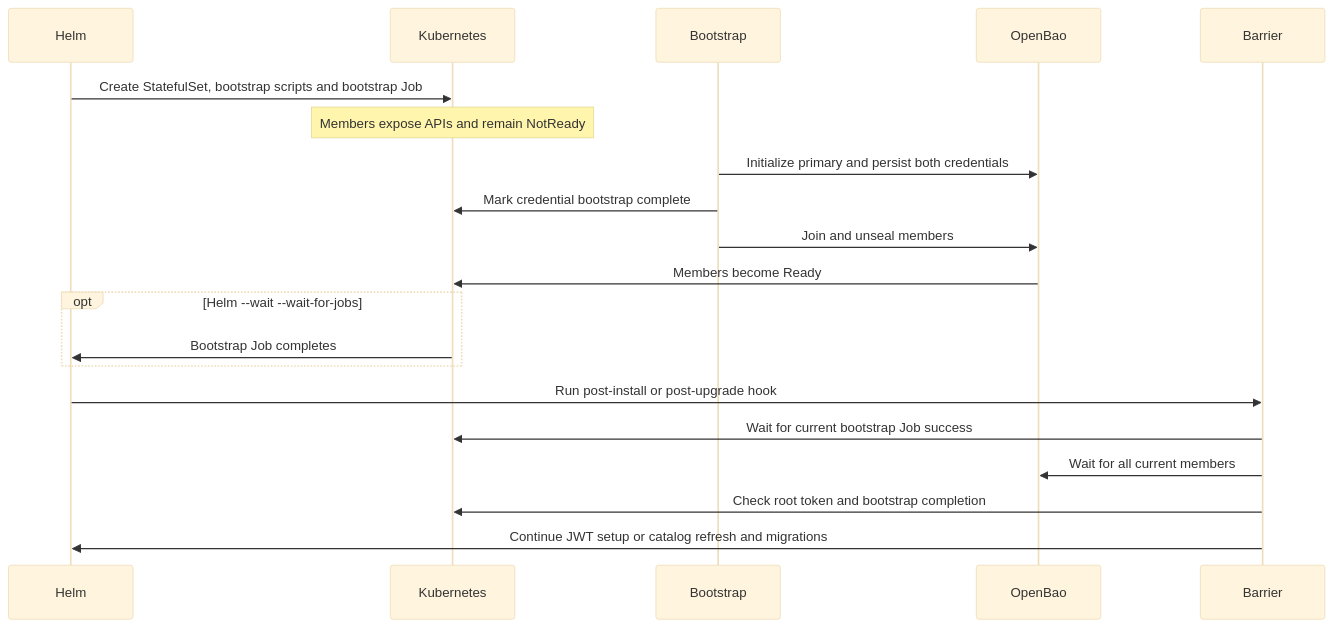
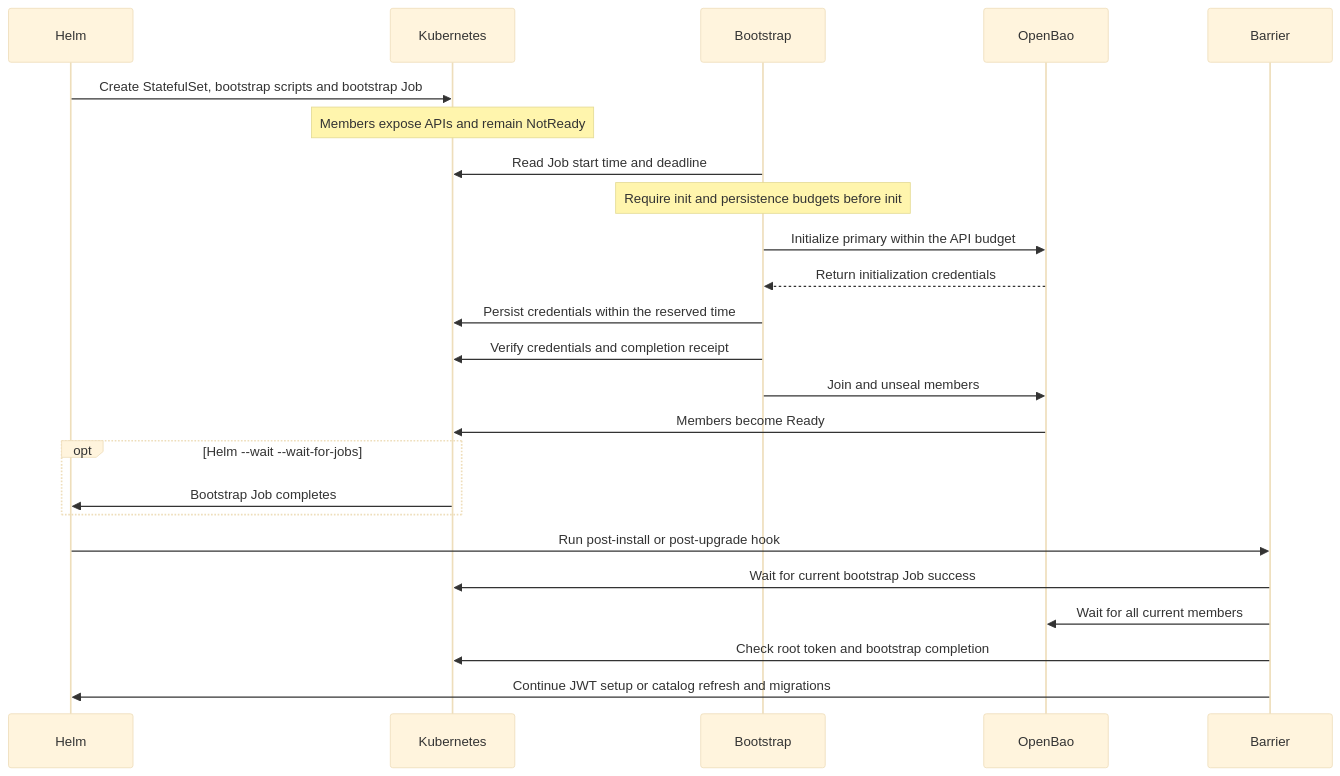
Before and after one commit to andretorresdg/nvcf: the diagram in deploy/helm/openbao/README.md, drawn with Mermaid (base theme). The commit also changed other lines of this file and 6 other files, not shown here.

First line of the commit message:
fix(openbao): reserve job lifetime before initialization

````diff
--- a/deploy/helm/openbao/README.md
+++ b/deploy/helm/openbao/README.md
@@ -41,17 +41,21 @@
 ```mermaid
 sequenceDiagram
     Helm->>Kubernetes: Create StatefulSet, bootstrap scripts and bootstrap Job
     Note over Kubernetes: Members expose APIs and remain NotReady
-    Bootstrap->>OpenBao: Initialize primary and persist both credentials
-    Bootstrap->>Kubernetes: Mark credential bootstrap complete
+    Bootstrap->>Kubernetes: Read Job start time and deadline
+    Note over Bootstrap: Require init and persistence budgets before init
+    Bootstrap->>OpenBao: Initialize primary within the API budget
+    OpenBao-->>Bootstrap: Return initialization credentials
+    Bootstrap->>Kubernetes: Persist credentials within the reserved time
+    Bootstrap->>Kubernetes: Verify credentials and completion receipt
     Bootstrap->>OpenBao: Join and unseal members
     OpenBao->>Kubernetes: Members become Ready
     opt Helm --wait --wait-for-jobs
         Kubernetes->>Helm: Bootstrap Job completes
     end
     Helm->>Barrier: Run post-install or post-upgrade hook
     Barrier->>Kubernetes: Wait for current bootstrap Job success
     Barrier->>OpenBao: Wait for all current members
     Barrier->>Kubernetes: Check root token and bootstrap completion
     Barrier->>Helm: Continue JWT setup or catalog refresh and migrations
 ```
````
